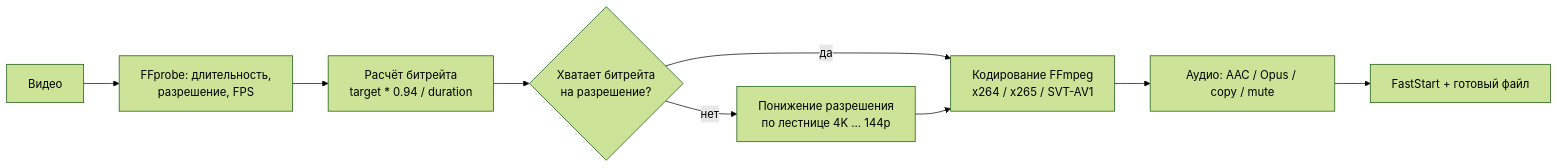
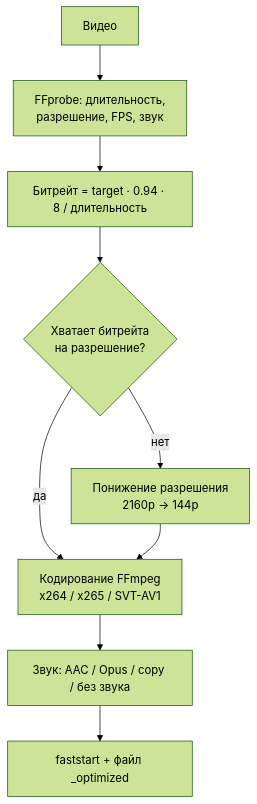
Before and after one commit to lepex1/compress: the diagram in README.md, drawn with Mermaid (forest theme). The commit also changed other lines of this file and 7 other files, not shown here.

````diff
--- a/README.md
+++ b/README.md
@@ -108,11 +108,11 @@
 ```mermaid
-flowchart LR
-    A[Видео] --> B[FFprobe: длительность,<br/>разрешение, FPS]
-    B --> C[Расчёт битрейта<br/>target * 0.94 / duration]
+flowchart TD
+    A[Видео] --> B[FFprobe: длительность,<br/>разрешение, FPS, звук]
+    B --> C[Битрейт = target · 0.94 · 8 / длительность]
     C --> D{Хватает битрейта<br/>на разрешение?}
     D -->|да| E[Кодирование FFmpeg<br/>x264 / x265 / SVT-AV1]
-    D -->|нет| F[Понижение разрешения<br/>по лестнице 4K ... 144p]
+    D -->|нет| F[Понижение разрешения<br/>2160p → 144p]
     F --> E
-    E --> G[Аудио: AAC / Opus / copy / mute]
-    G --> H[FastStart + готовый файл]
+    E --> G[Звук: AAC / Opus / copy / без звука]
+    G --> H[faststart + файл _optimized]
 ```
````
